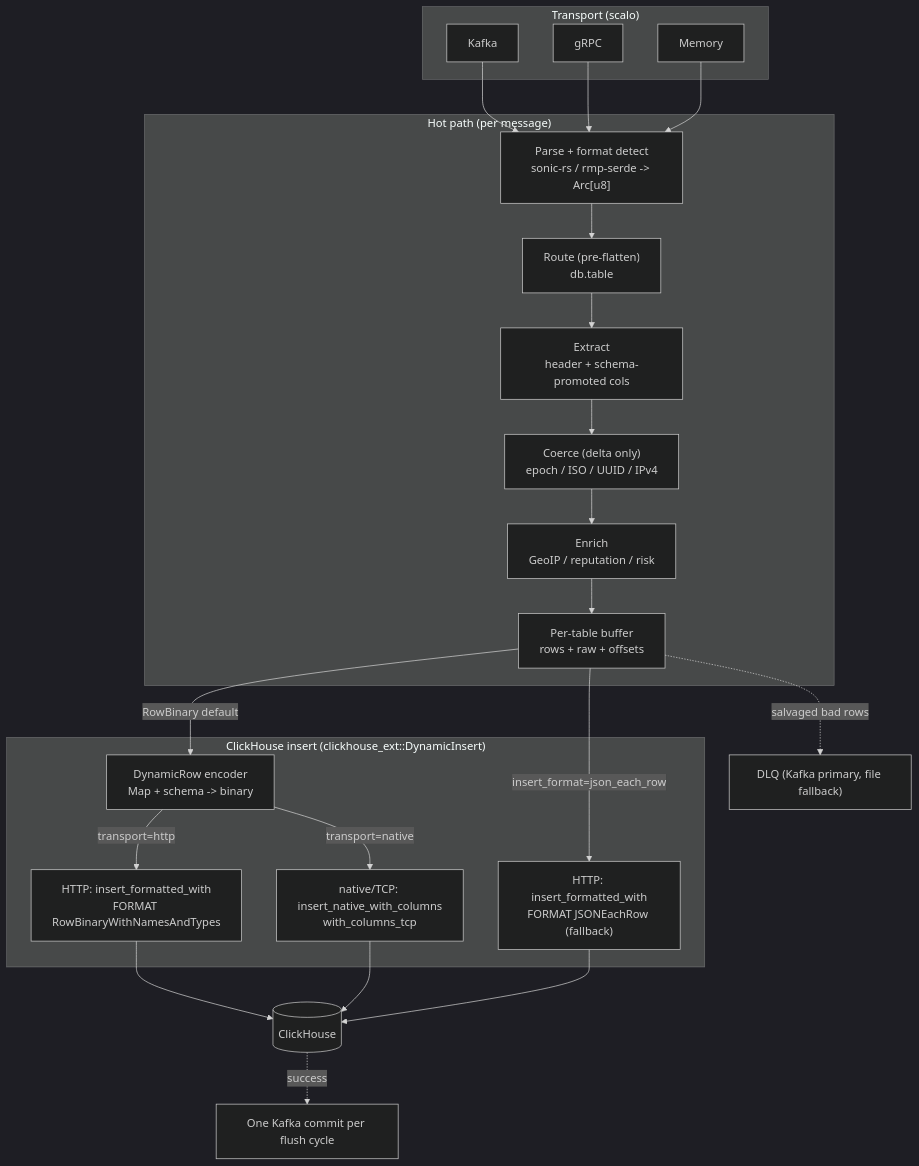
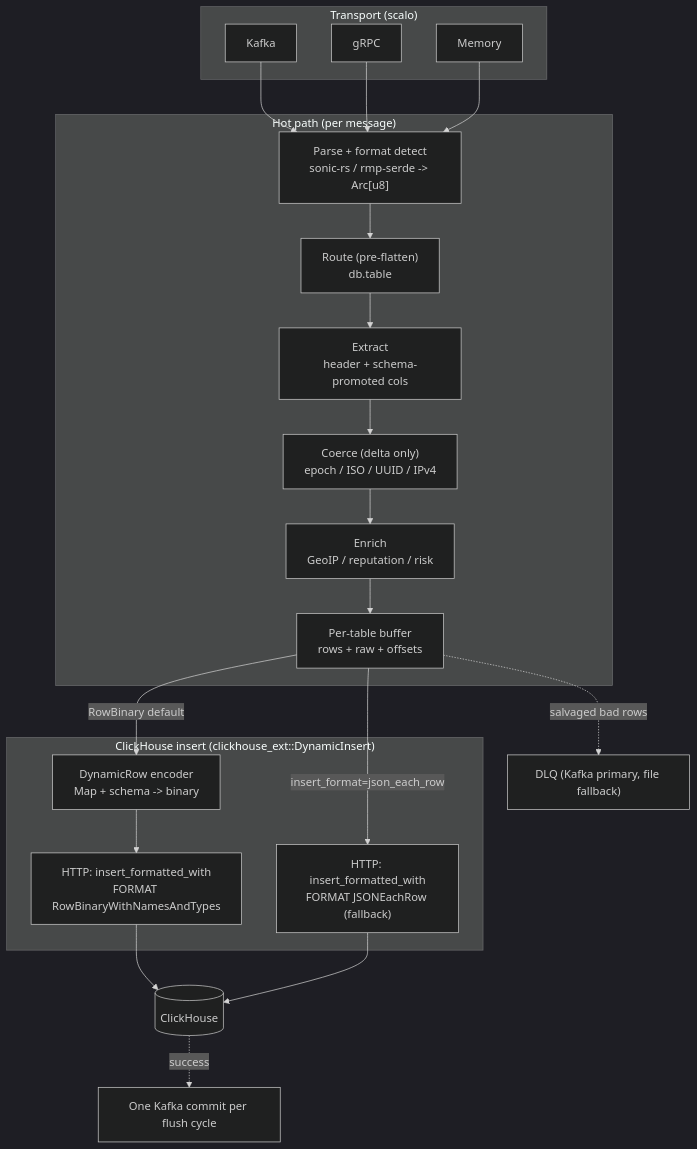
Before and after one commit to hyperi-io/dfe-loader: the diagram in docs/README.md, drawn with Mermaid (dark theme). The commit also changed 11 other files, not shown here.

````diff
--- a/docs/README.md
+++ b/docs/README.md
@@ -42,35 +42,33 @@
 ```mermaid
 flowchart TB
     subgraph Ingress["Transport (scalo)"]
         K["Kafka"]
         G["gRPC"]
         M["Memory"]
     end
 
     subgraph Hot["Hot path (per message)"]
         P["Parse + format detect<br/>sonic-rs / rmp-serde -> Arc[u8]"]
         R["Route (pre-flatten)<br/>db.table"]
         X["Extract<br/>header + schema-promoted cols"]
         C["Coerce (delta only)<br/>epoch / ISO / UUID / IPv4"]
         E["Enrich<br/>GeoIP / reputation / risk"]
         B["Per-table buffer<br/>rows + raw + offsets"]
     end
 
     subgraph Sink["ClickHouse insert (clickhouse_ext::DynamicInsert)"]
         CE["DynamicRow encoder<br/>Map + schema -> binary"]
         HTTP["HTTP: insert_formatted_with<br/>FORMAT RowBinaryWithNamesAndTypes"]
-        TCP["native/TCP: insert_native_with_columns<br/>with_columns_tcp"]
         JF["HTTP: insert_formatted_with<br/>FORMAT JSONEachRow (fallback)"]
     end
 
     CH[("ClickHouse")]
     DLQ["DLQ (Kafka primary, file fallback)"]
 
     K & G & M --> P --> R --> X --> C --> E --> B
     B -->|RowBinary default| CE
-    CE -->|transport=http| HTTP --> CH
-    CE -->|transport=native| TCP --> CH
+    CE --> HTTP --> CH
     B -->|insert_format=json_each_row| JF --> CH
     B -.salvaged bad rows.-> DLQ
     CH -.success.-> Commit["One Kafka commit per flush cycle"]
 ```
````
